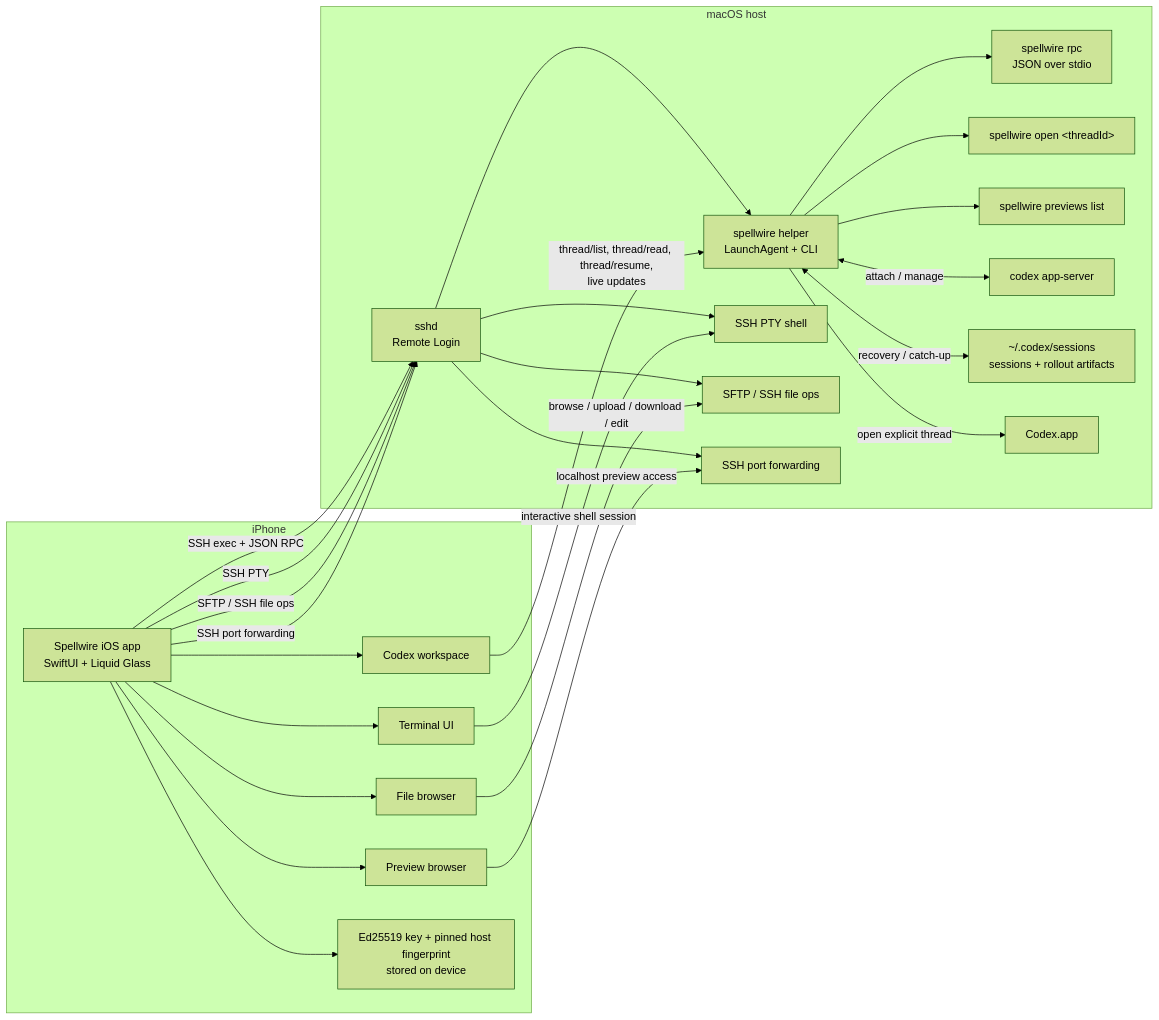
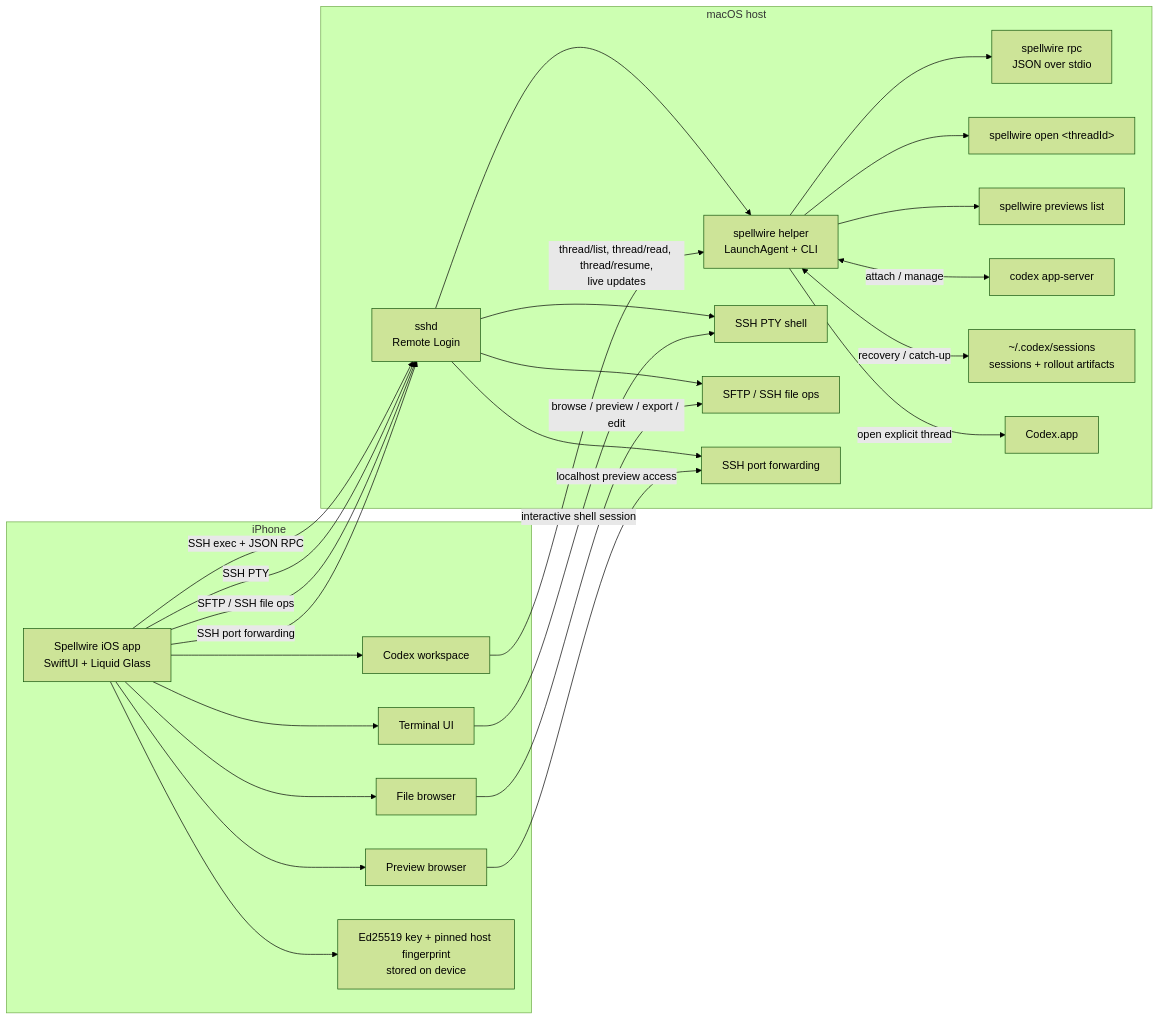
One commit to felixgollnhuber/spellwire changed the diagram in README.md. Above: the diagram before and after it, drawn with Mermaid (forest theme). The commit also changed other lines of this file, not shown here.

Commit message:
Update README to clarify file operations and preview setup; enhance architecture diagram

````diff
--- a/README.md
+++ b/README.md
@@ -52,54 +56,54 @@
 ```mermaid
 flowchart LR
     subgraph iPhone["iPhone"]
         IOS["Spellwire iOS app<br/>SwiftUI + Liquid Glass"]
         CHAT["Codex workspace"]
         TERM["Terminal UI"]
         FILES["File browser"]
         PREV["Preview browser"]
         KEYS["Ed25519 key + pinned host fingerprint<br/>stored on device"]
     end
 
     subgraph Mac["macOS host"]
         SSHD["sshd<br/>Remote Login"]
         HELPER["spellwire helper<br/>LaunchAgent + CLI"]
         RPC["spellwire rpc<br/>JSON over stdio"]
         OPEN["spellwire open &lt;threadId&gt;"]
         PRELIST["spellwire previews list"]
         APPSERVER["codex app-server"]
         SESS["~/.codex/sessions<br/>sessions + rollout artifacts"]
         CODEXAPP["Codex.app"]
         PTY["SSH PTY shell"]
         SFTP["SFTP / SSH file ops"]
         TUNNEL["SSH port forwarding"]
     end
 
     IOS --> CHAT
     IOS --> TERM
     IOS --> FILES
     IOS --> PREV
     IOS --> KEYS
 
     IOS -->|"SSH exec + JSON RPC"| SSHD
     IOS -->|"SSH PTY"| SSHD
     IOS -->|"SFTP / SSH file ops"| SSHD
     IOS -->|"SSH port forwarding"| SSHD
 
     SSHD --> HELPER
     SSHD --> PTY
     SSHD --> SFTP
     SSHD --> TUNNEL
 
     HELPER --> RPC
     HELPER --> OPEN
     HELPER --> PRELIST
 
     HELPER <-->|"attach / manage"| APPSERVER
     HELPER <-->|"recovery / catch-up"| SESS
     HELPER -->|"open explicit thread"| CODEXAPP
 
     CHAT -->|"thread/list, thread/read, thread/resume,<br/>live updates"| HELPER
     TERM -->|"interactive shell session"| PTY
-    FILES -->|"browse / upload / download / edit"| SFTP
+    FILES -->|"browse / preview / export / edit"| SFTP
     PREV -->|"localhost preview access"| TUNNEL
 ```
````
